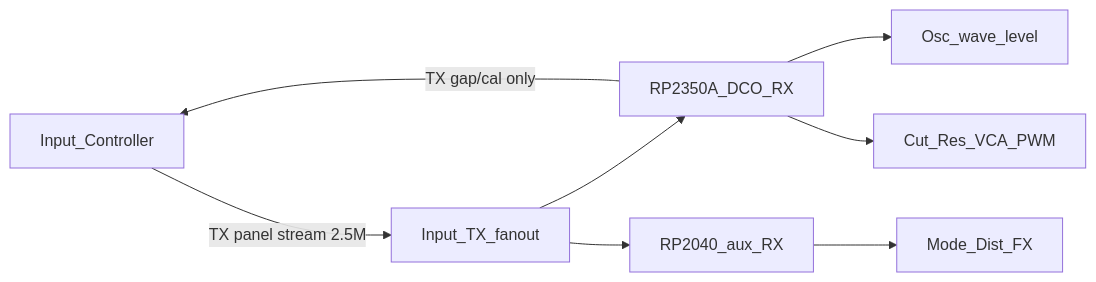
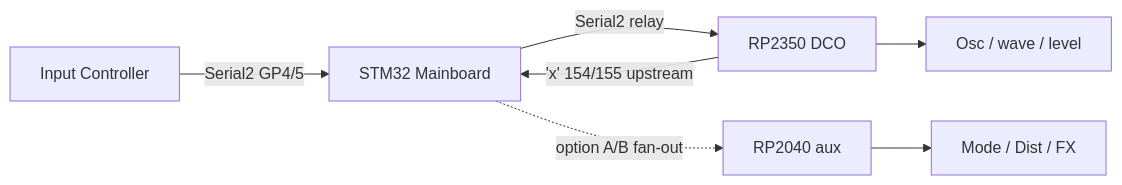
Before and after one commit to felipegaspari/DCO4-REBORN-DCO: the diagram in docs/DUAL_MCU.md, drawn with Mermaid. The commit also changed other lines of this file and 39 other files, not shown here.

````diff
--- a/docs/DUAL_MCU.md
+++ b/docs/DUAL_MCU.md
@@ -32,10 +64,9 @@
 ```mermaid
 flowchart LR
-  Input["Input_Controller"] -->|"TX panel stream 2.5M"| Bus["Input_TX_fanout"]
-  Bus --> DCO["RP2350A_DCO_RX"]
-  Bus --> Aux["RP2040_aux_RX"]
-  DCO -->|"TX gap/cal only"| Input
-  DCO --> Osc["Osc_wave_level"]
-  DCO --> CritCV["Cut_Res_VCA_PWM"]
-  Aux --> Post["Mode_Dist_FX"]
+  Input["Input Controller"] -->|"Serial2 GP4/5"| MB["STM32 Mainboard"]
+  MB -->|"Serial2 relay"| DCO["RP2350 DCO"]
+  MB -.->|"option A/B fan-out"| Aux["RP2040 aux"]
+  DCO -->|"'x' 154/155 upstream"| MB
+  DCO --> Osc["Osc / wave / level"]
+  Aux --> Post["Mode / Dist / FX"]
 ```
````
